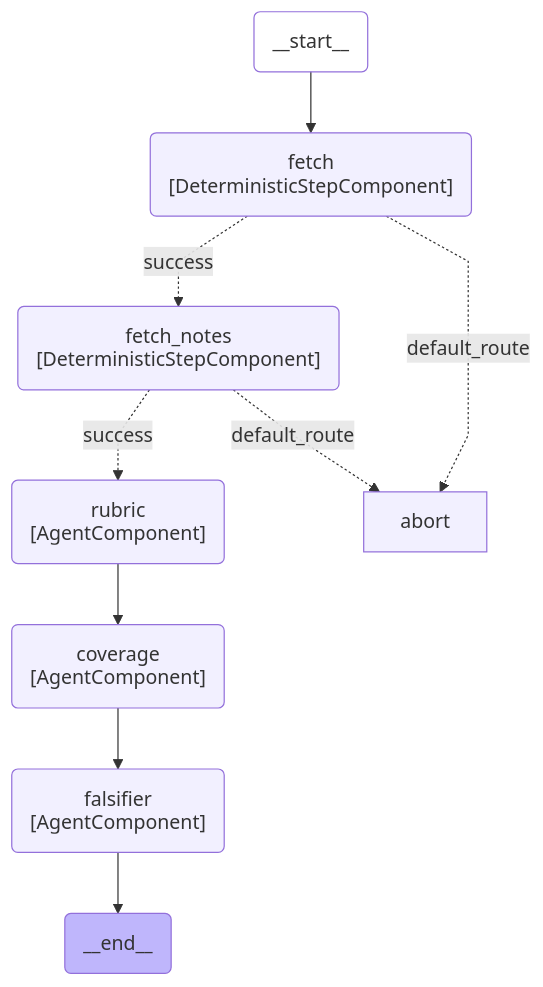
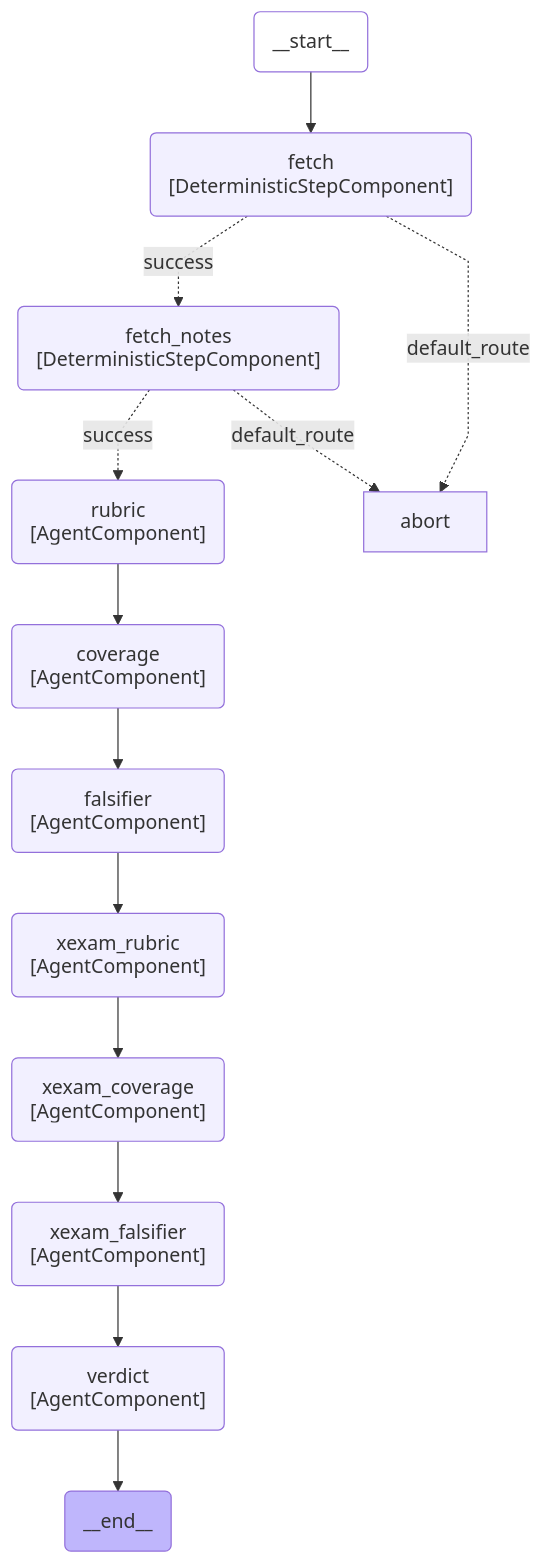
Diagram 35 of 46 in docs/duo_workflow_service_graphs.md (movax01h/ai-gateway), drawn with Mermaid before and after one commit. The commit also changed 3 other files, not shown here.

Commit message:
feat(duo-workflow): add cross-examination round to readiness score flow

````diff
--- a/docs/duo_workflow_service_graphs.md
+++ b/docs/duo_workflow_service_graphs.md
@@ -1062,26 +1062,34 @@
 ```mermaid
 ---
 config:
     flowchart:
         curve: linear
 ---
 graph TD;
     __start__(__start__):::first;
     __end__(__end__):::last;
     __start__ --> fetch;
     fetch(fetch<br>#91;DeterministicStepComponent#93;);
     fetch_notes(fetch_notes<br>#91;DeterministicStepComponent#93;);
     rubric(rubric<br>#91;AgentComponent#93;);
     coverage(coverage<br>#91;AgentComponent#93;);
     falsifier(falsifier<br>#91;AgentComponent#93;);
+    xexam_rubric(xexam_rubric<br>#91;AgentComponent#93;);
+    xexam_coverage(xexam_coverage<br>#91;AgentComponent#93;);
+    xexam_falsifier(xexam_falsifier<br>#91;AgentComponent#93;);
+    verdict(verdict<br>#91;AgentComponent#93;);
     fetch -.->|success| fetch_notes;
     fetch -.->|default_route| abort;
     fetch_notes -.->|success| rubric;
     fetch_notes -.->|default_route| abort;
     rubric --> coverage;
     coverage --> falsifier;
-    falsifier --> __end__;
+    falsifier --> xexam_rubric;
+    xexam_rubric --> xexam_coverage;
+    xexam_coverage --> xexam_falsifier;
+    xexam_falsifier --> verdict;
+    verdict --> __end__;
     classDef default fill:#f2f0ff,line-height:1.2;
     classDef first fill-opacity:0;
     classDef last fill:#bfb6fc;
 ```
````
